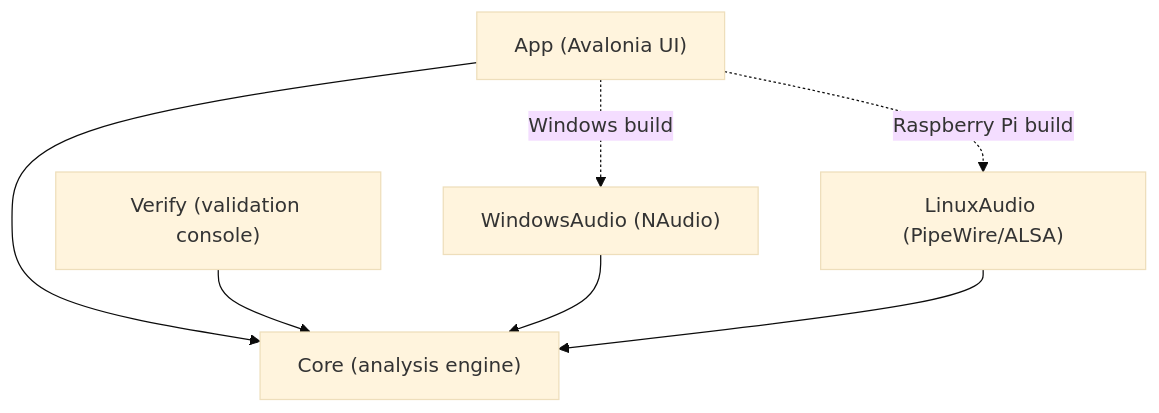
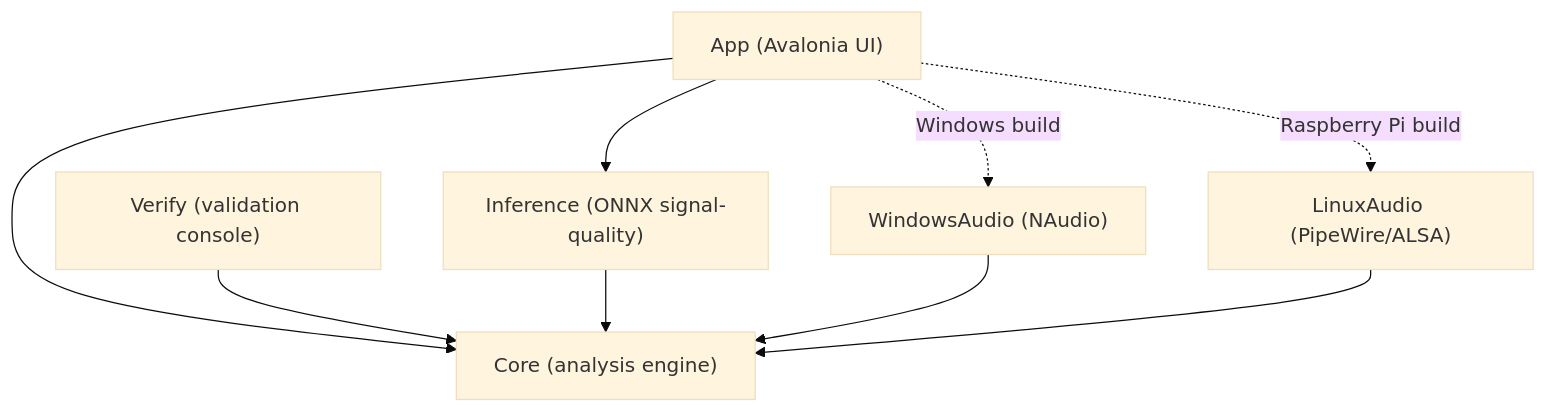
One commit to Jae-hong-5/TimeGrapher-Net changed the first of 4 diagrams in README.md. Above: the diagram before and after it, drawn with Mermaid (base theme). The commit also changed other lines of this file, not shown here.

````diff
--- a/README.md
+++ b/README.md
@@ -145,9 +146,11 @@
 ```mermaid
 graph TD
     App["App (Avalonia UI)"] --> Core["Core (analysis engine)"]
     Verify["Verify (validation console)"] --> Core
+    Inference["Inference (ONNX signal-quality)"] --> Core
     WinAudio["WindowsAudio (NAudio)"] --> Core
     LinuxAudio["LinuxAudio (PipeWire/ALSA)"] --> Core
+    App --> Inference
     App -. Windows build .-> WinAudio
     App -. Raspberry Pi build .-> LinuxAudio
 ```
````
